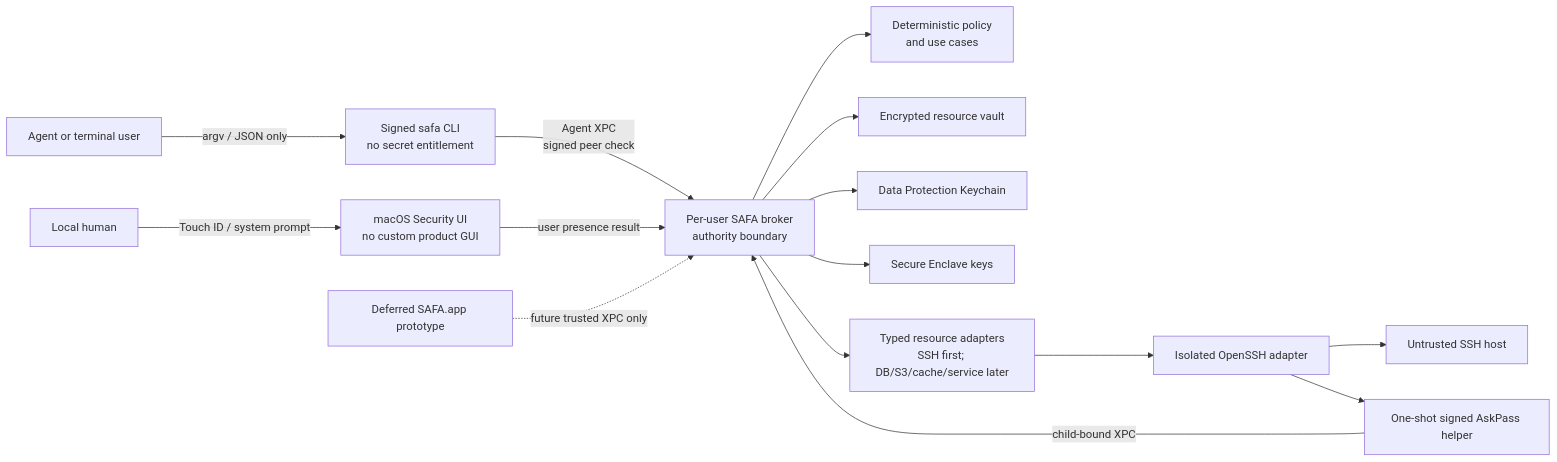
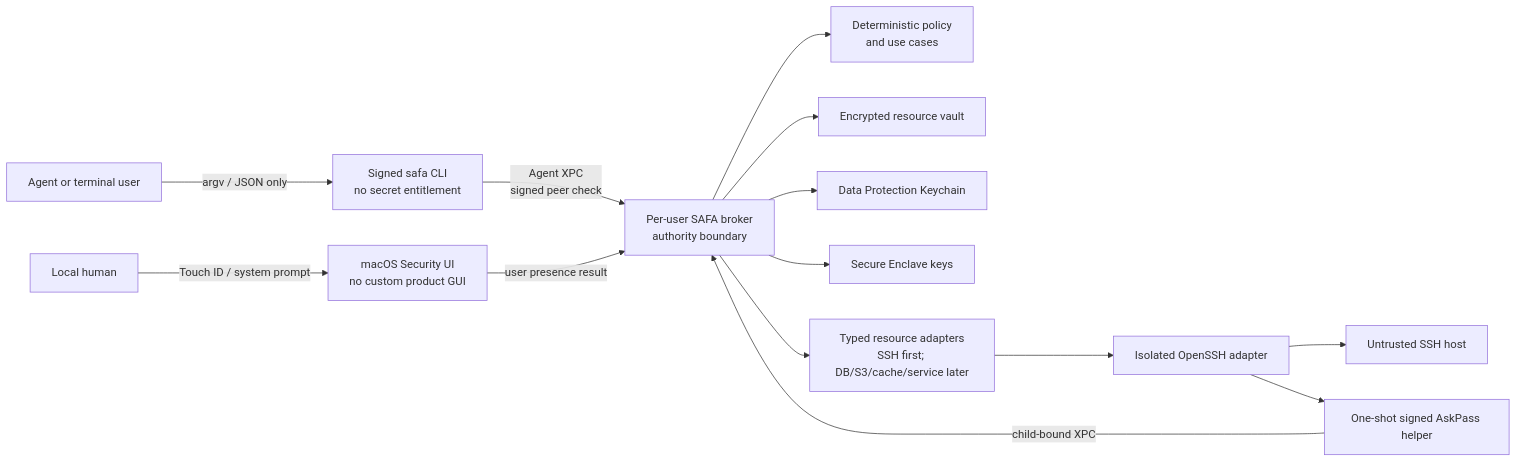
Before and after one commit to juju-w/safa-runtime: the diagram in ARCHITECTURE.md, drawn with Mermaid. The commit also changed other lines of this file and 86 other files, not shown here.

````diff
--- a/ARCHITECTURE.md
+++ b/ARCHITECTURE.md
@@ -67,17 +65,16 @@
 ```mermaid
 flowchart LR
     Agent["Agent or terminal user"] -->|argv / JSON only| CLI["Signed safa CLI\nno secret entitlement"]
     CLI -->|Agent XPC\nsigned peer check| Broker["Per-user SAFA broker\nauthority boundary"]
     Human["Local human"] -->|Touch ID / system prompt| Native["macOS Security UI\nno custom product GUI"]
     Native -->|user presence result| Broker
-    App["Deferred SAFA.app prototype"] -.->|future trusted XPC only| Broker
     Broker --> Policy["Deterministic policy\nand use cases"]
     Broker --> Vault["Encrypted resource vault"]
     Broker --> Keychain["Data Protection Keychain"]
     Broker --> Enclave["Secure Enclave keys"]
     Broker --> Adapters["Typed resource adapters\nSSH first; DB/S3/cache/service later"]
     Adapters --> SSH["Isolated OpenSSH adapter"]
     SSH --> Remote["Untrusted SSH host"]
     SSH --> AskPass["One-shot signed AskPass helper"]
     AskPass -->|child-bound XPC| Broker
 ```
````
